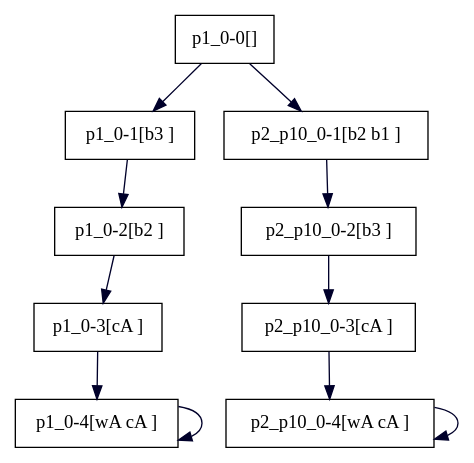
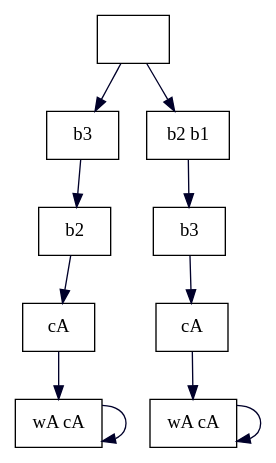
The diagram in benchmarks/SecLTL/auctionsys.dot (hobitans/TGHyper), drawn with Graphviz before and after one commit. The commit also changed 15 other files, not shown here.

Commit message:
new graph eval

```diff
--- a/benchmarks/SecLTL/auctionsys.dot
+++ b/benchmarks/SecLTL/auctionsys.dot
@@ -1,24 +1,24 @@
 digraph G {
-  "p1_0-0[]" [shape=box, ];
-  "p1_0-1[b3 ]" [shape=box, ];
-  "p1_0-2[b2 ]" [shape=box, ];
-  "p1_0-3[cA ]" [shape=box, ];
-  "p1_0-4[wA cA ]" [shape=box, ];
-  "p2_p10_0-1[b2 b1 ]" [shape=box, ];
-  "p2_p10_0-2[b3 ]" [shape=box, ];
-  "p2_p10_0-3[cA ]" [shape=box, ];
-  "p2_p10_0-4[wA cA ]" [shape=box, ];
+  "p1_0-0[]" [shape=box, label="", ];
+  "p1_0-1[b3 ]" [shape=box, label="b3 ", ];
+  "p1_0-2[b2 ]" [shape=box, label="b2 ", ];
+  "p1_0-3[cA ]" [shape=box, label="cA ", ];
+  "p1_0-4[wA cA ]" [shape=box, label="wA cA ", ];
+  "p2_p10_0-1[b2 b1 ]" [shape=box, label="b2 b1 ", ];
+  "p2_p10_0-2[b3 ]" [shape=box, label="b3 ", ];
+  "p2_p10_0-3[cA ]" [shape=box, label="cA ", ];
+  "p2_p10_0-4[wA cA ]" [shape=box, label="wA cA ", ];
   
   
   "p1_0-0[]" -> "p1_0-1[b3 ]" [color="#00002A", ];
   "p1_0-0[]" -> "p2_p10_0-1[b2 b1 ]" [color="#00002A", ];
   "p1_0-1[b3 ]" -> "p1_0-2[b2 ]" [color="#00002A", ];
   "p1_0-2[b2 ]" -> "p1_0-3[cA ]" [color="#00002A", ];
   "p1_0-3[cA ]" -> "p1_0-4[wA cA ]" [color="#00002A", ];
   "p1_0-4[wA cA ]" -> "p1_0-4[wA cA ]" [color="#00002A", ];
   "p2_p10_0-1[b2 b1 ]" -> "p2_p10_0-2[b3 ]" [color="#00002A", ];
   "p2_p10_0-2[b3 ]" -> "p2_p10_0-3[cA ]" [color="#00002A", ];
   "p2_p10_0-3[cA ]" -> "p2_p10_0-4[wA cA ]" [color="#00002A", ];
   "p2_p10_0-4[wA cA ]" -> "p2_p10_0-4[wA cA ]" [color="#00002A", ];
   
   }
```
